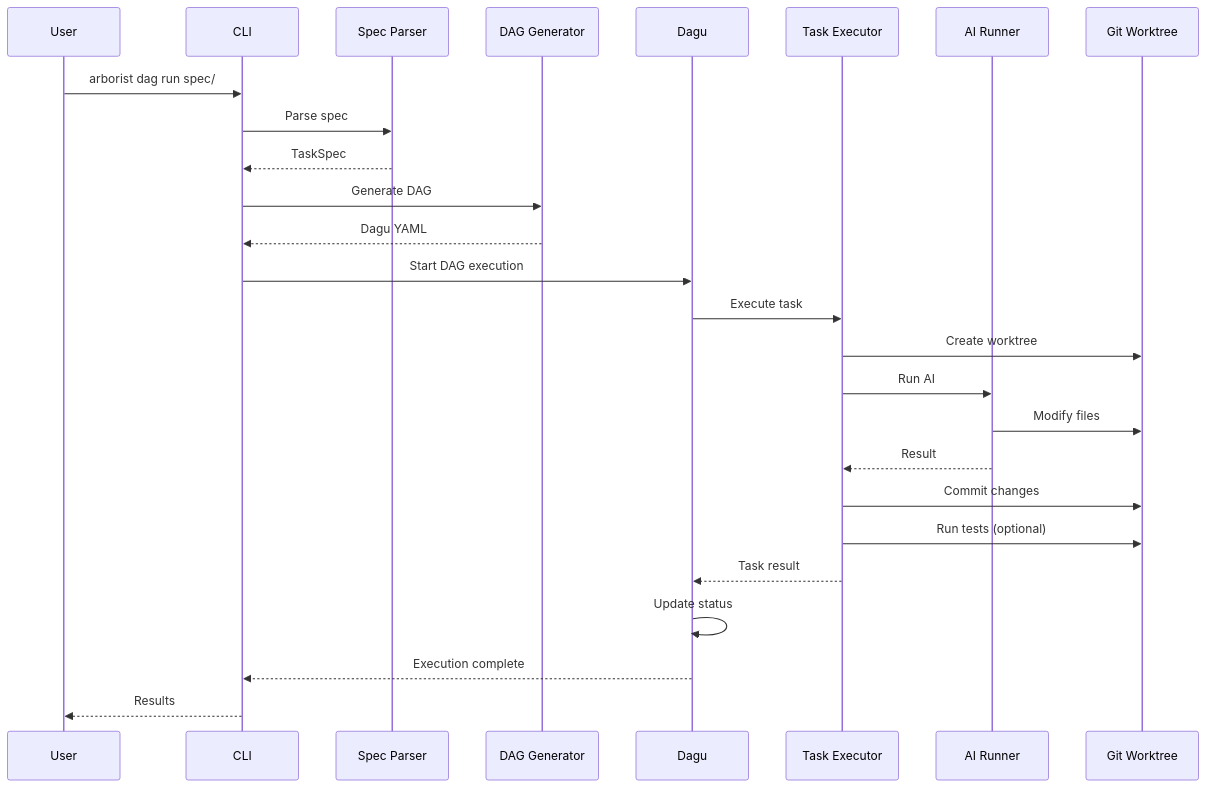
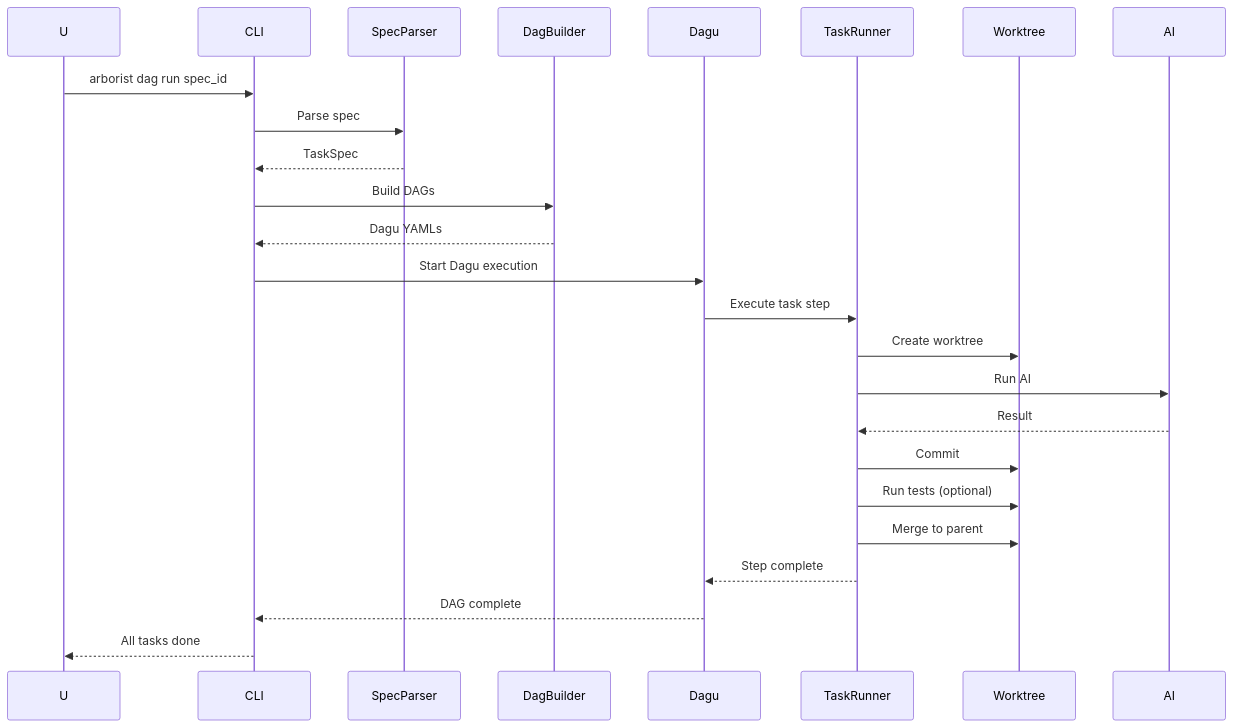
The second of 2 diagrams in docs/manual/01-getting-started/03-architecture.md (pennyworth-tech/agent-arborist), drawn with Mermaid before and after one commit. The commit also changed other lines of this file and 48 other files, not shown here.

````diff
--- a/docs/manual/01-getting-started/03-architecture.md
+++ b/docs/manual/01-getting-started/03-architecture.md
@@ -204,29 +92,23 @@
 ```mermaid
 sequenceDiagram
-    participant U as User
-    participant C as CLI
-    participant S as Spec Parser
-    participant G as DAG Generator
-    participant D as Dagu
-    participant T as Task Executor
-    participant A as AI Runner
-    participant W as Git Worktree
+    U->>CLI: arborist dag run spec_id
+    CLI->>SpecParser: Parse spec
+    SpecParser-->>CLI: TaskSpec
 
-    U->>C: arborist dag run spec/
-    C->>S: Parse spec
-    S-->>C: TaskSpec
-    C->>G: Generate DAG
-    G-->>C: Dagu YAML
-    C->>D: Start DAG execution
-    D->>T: Execute task
-    T->>W: Create worktree
-    T->>A: Run AI
-    A->>W: Modify files
-    A-->>T: Result
-    T->>W: Commit changes
-    T->>W: Run tests (optional)
-    T-->>D: Task result
-    D->>D: Update status
-    D-->>C: Execution complete
-    C-->>U: Results
+    CLI->>DagBuilder: Build DAGs
+    DagBuilder-->>CLI: Dagu YAMLs
+
+    CLI->>Dagu: Start Dagu execution
+    Dagu->>TaskRunner: Execute task step
+
+    TaskRunner->>Worktree: Create worktree
+    TaskRunner->>AI: Run AI
+    AI-->>TaskRunner: Result
+    TaskRunner->>Worktree: Commit
+    TaskRunner->>Worktree: Run tests (optional)
+    TaskRunner->>Worktree: Merge to parent
+
+    TaskRunner-->>Dagu: Step complete
+    Dagu-->>CLI: DAG complete
+    CLI-->>U: All tasks done
 ```
````
